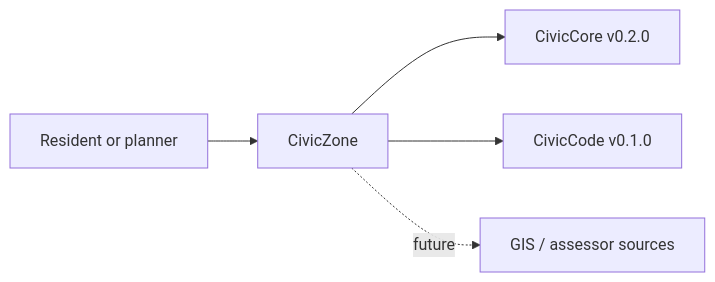
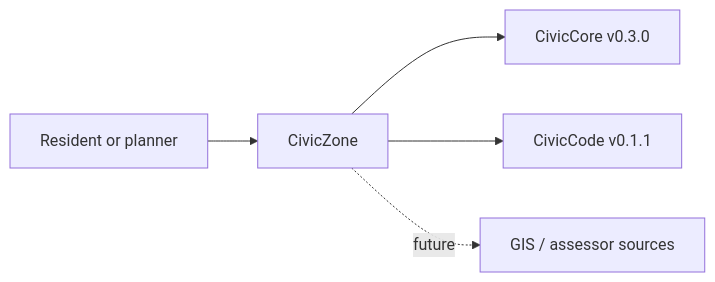
One commit to CivicSuite/civiczone changed the diagram in USER-MANUAL.md. Above: the diagram before and after it, drawn with Mermaid. The commit also changed other lines of this file and 15 other files, not shown here.

Commit message:
chore: align CivicZone with civiccore v0.3.0 (#10)

````diff
--- a/USER-MANUAL.md
+++ b/USER-MANUAL.md
@@ -37,7 +37,7 @@
 ```mermaid
 flowchart LR
   Resident["Resident or planner"] --> CivicZone["CivicZone"]
-  CivicZone --> CivicCore["CivicCore v0.2.0"]
-  CivicZone --> CivicCode["CivicCode v0.1.0"]
+CivicZone --> CivicCore["CivicCore v0.3.0"]
+CivicZone --> CivicCode["CivicCode v0.1.1"]
   CivicZone -. future .-> GIS["GIS / assessor sources"]
 ```
````
